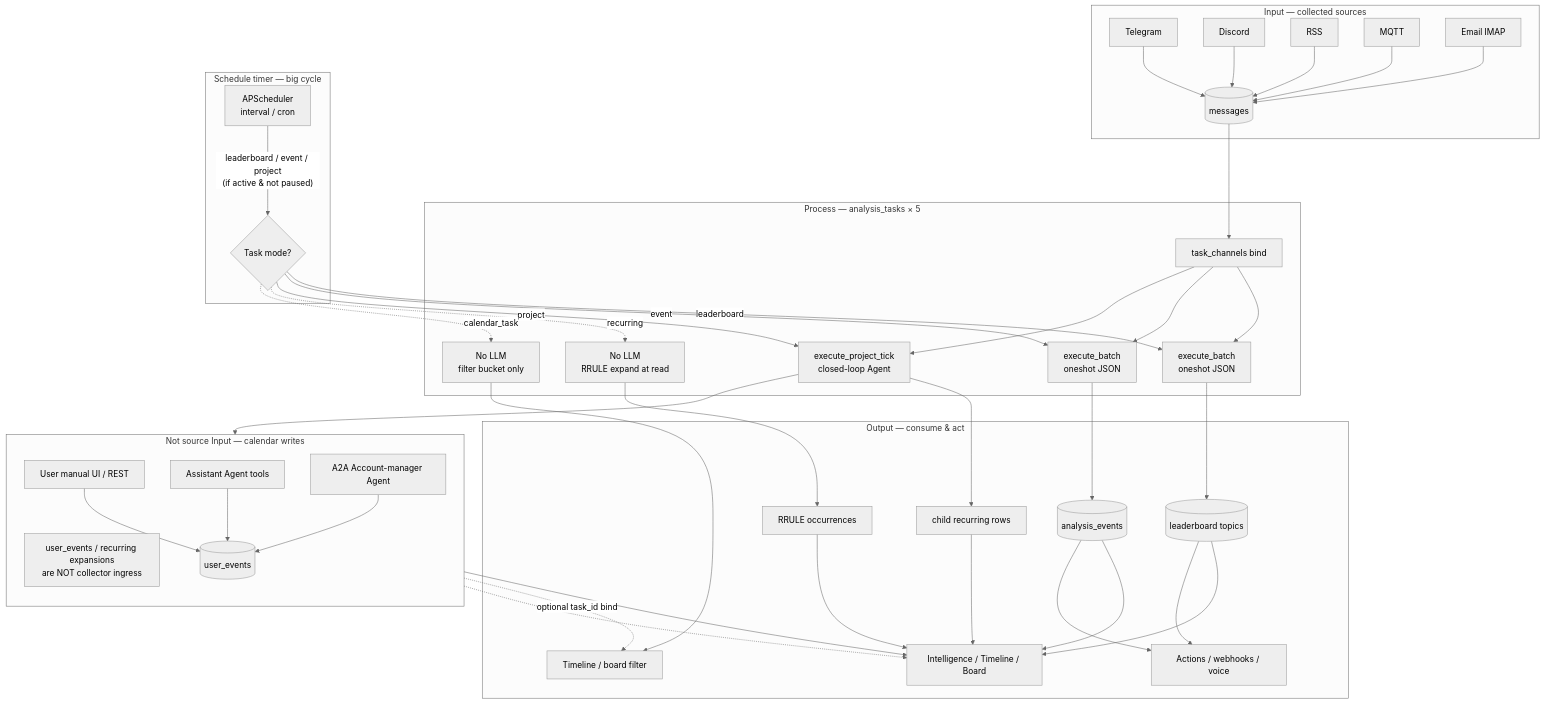
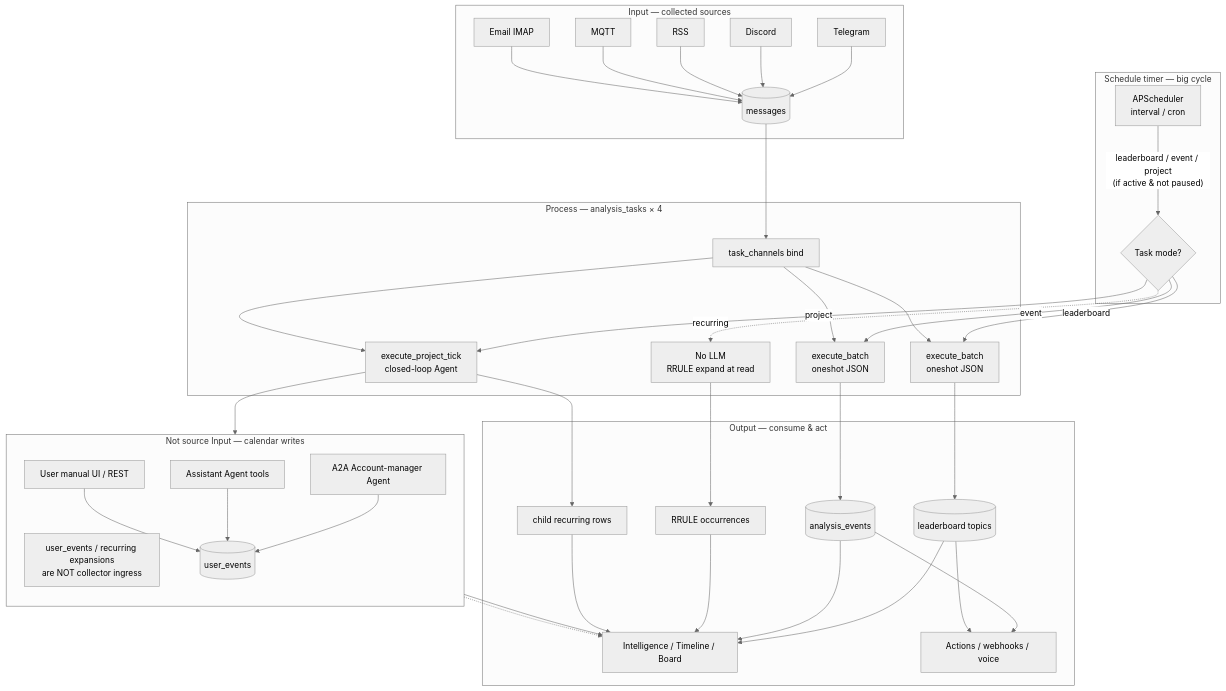
The first of 4 diagrams in docs/diagrams/README.md (Wing9897/im), drawn with Mermaid (neutral theme) before and after one commit. The commit also changed other lines of this file and 314 other files, not shown here.

````diff
--- a/docs/diagrams/README.md
+++ b/docs/diagrams/README.md
@@ -9,51 +9,48 @@
 ```mermaid
 flowchart TB
   subgraph INPUT["Input — collected sources"]
     TG[Telegram]
     DC[Discord]
     RSS[RSS]
     MQTT[MQTT]
     EM[Email IMAP]
     TG & DC & RSS & MQTT & EM --> MSG[(messages)]
   end
 
   subgraph SIDE["Not source Input — calendar writes"]
     direction TB
     NOTE["user_events / recurring expansions<br/>are NOT collector ingress"]
     MAN[User manual UI / REST]
     AST[Assistant Agent tools]
     A2A[A2A Account-manager Agent]
     MAN & AST & A2A --> UE[(user_events)]
   end
 
   subgraph TIMER["Schedule timer — big cycle"]
     AP[APScheduler<br/>interval / cron]
     AP -->|"leaderboard / event / project<br/>(if active & not paused)"| DISPATCH
   end
 
-  subgraph PROCESS["Process — analysis_tasks × 5"]
+  subgraph PROCESS["Process — analysis_tasks × 4"]
     DISPATCH{Task mode?}
     DISPATCH -->|leaderboard| LB[execute_batch<br/>oneshot JSON]
     DISPATCH -->|event| EV[execute_batch<br/>oneshot JSON]
     DISPATCH -->|project| PM[execute_project_tick<br/>closed-loop Agent]
     DISPATCH -.->|recurring| RC[No LLM<br/>RRULE expand at read]
-    DISPATCH -.->|calendar_task| CT[No LLM<br/>filter bucket only]
     MSG --> TC[task_channels bind]
     TC --> LB & EV & PM
   end
 
   subgraph OUTPUT["Output — consume & act"]
     LB --> TOP[(leaderboard topics)]
     EV --> AE[(analysis_events)]
     PM --> UE
     PM --> CHILD[child recurring rows]
     RC --> OCC[RRULE occurrences]
-    CT --> FILTER[Timeline / board filter]
     TOP & AE --> UI[Intelligence / Timeline / Board]
     UE & OCC & CHILD --> UI
     AE & TOP --> ACT[Actions / webhooks / voice]
   end
 
-  SIDE -.->|"optional task_id bind"| FILTER
   SIDE -.-> UI
 ```
````
